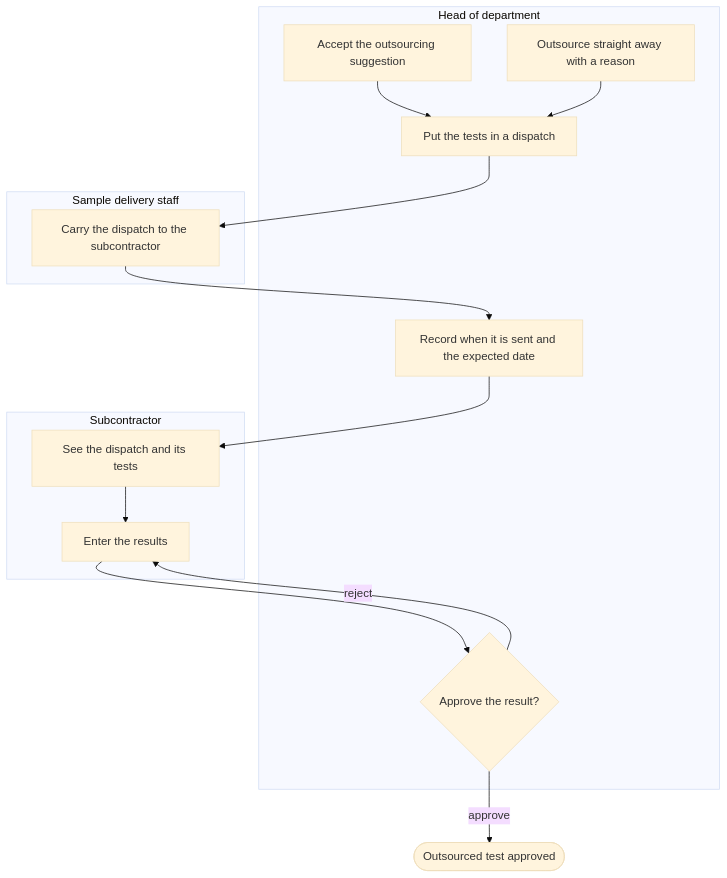
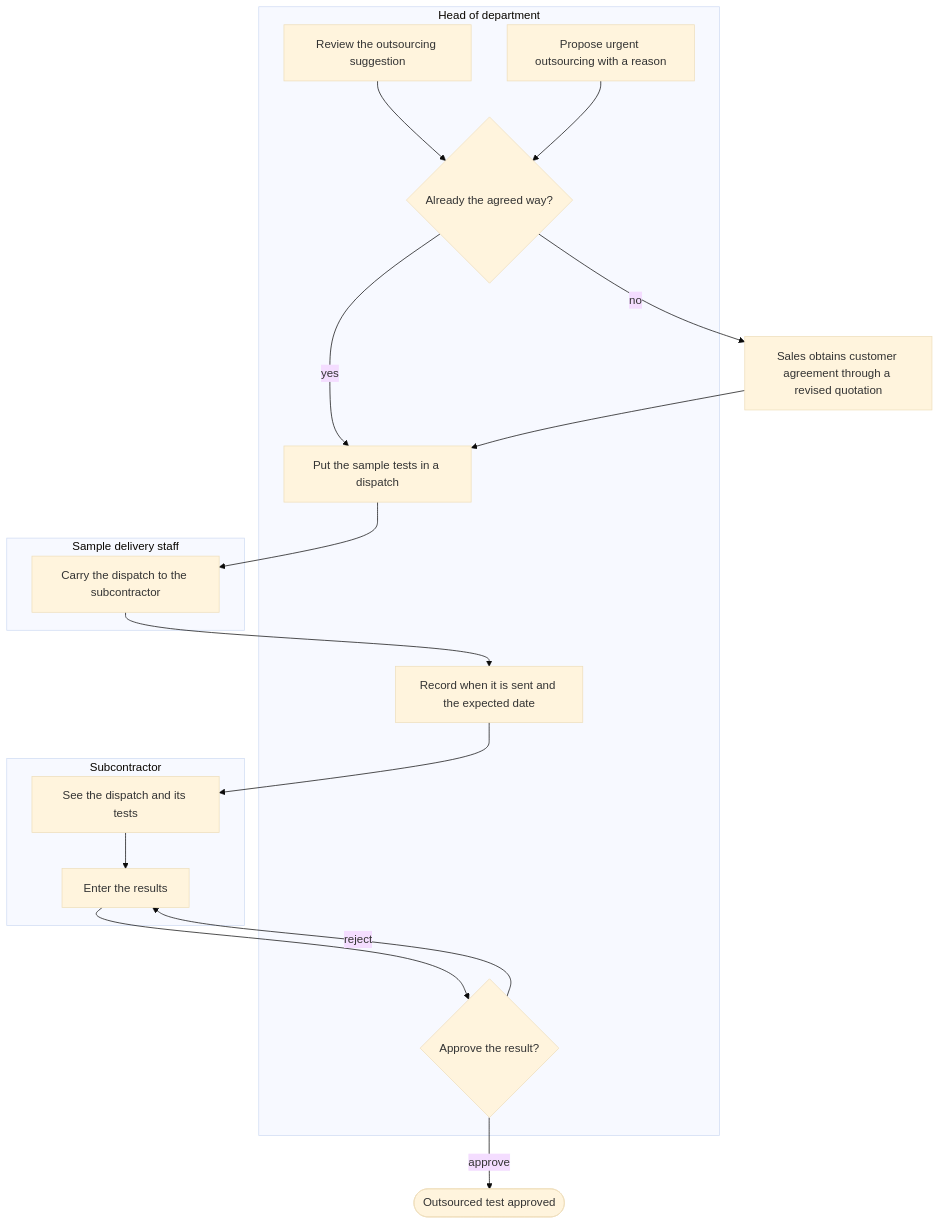
One commit to SoltuneMontepre/medilab changed the fifth of 17 diagrams in docs/functional/business-flows.md. Above: the diagram before and after it, drawn with Mermaid (base theme). The commit also changed other lines of this file and 47 other files, not shown here.

````diff
--- a/docs/functional/business-flows.md
+++ b/docs/functional/business-flows.md
@@ -231,19 +236,22 @@
 ```mermaid
 flowchart TD
     subgraph lane12 ["Head of department"]
-        h1[Accept the outsourcing suggestion] --> h2[Put the tests in a dispatch]
-        h0[Outsource straight away with a reason] --> h2
+        h1[Review the outsourcing suggestion] --> agreed{Already the agreed way?}
+        h0[Propose urgent outsourcing with a reason] --> agreed
+        h2[Put the sample tests in a dispatch]
         h3[Record when it is sent and the expected date]
         h4{Approve the result?}
     end
     subgraph lane13 ["Sample delivery staff"]
         d1[Carry the dispatch to the subcontractor]
     end
     subgraph lane14 ["Subcontractor"]
         s1[See the dispatch and its tests] --> s2[Enter the results]
     end
+    agreed -->|yes| h2
+    agreed -->|no| revise[Sales obtains customer agreement through a revised quotation] --> h2
     h2 --> d1 --> h3 --> s1
     s2 --> h4
     h4 -->|reject| s2
     h4 -->|approve| done([Outsourced test approved])
 ```
````
